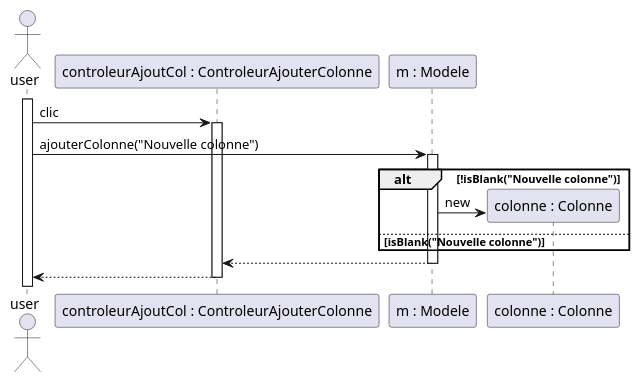
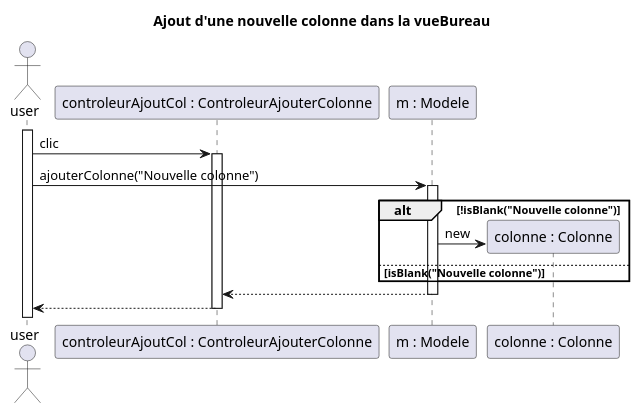
Before and after one commit to AlexanderCARNET/SAE_3_01_dev_application: the diagram in Ollert_QDEV/diagrammes/iteration3/DiagrammeSequenceAjoutColonne.puml, drawn with PlantUML. The commit also changed 1 other file, not shown here.

Commit message:
[UPDATE] ajout de titres sur diagrammes de classe d'ajout de colonne et de modification du nom de colonne

```diff
--- a/Ollert_QDEV/diagrammes/iteration3/DiagrammeSequenceAjoutColonne.puml
+++ b/Ollert_QDEV/diagrammes/iteration3/DiagrammeSequenceAjoutColonne.puml
@@ -1,27 +1,29 @@
 @startuml
 'https://plantuml.com/sequence-diagram
+
+title Ajout d'une nouvelle colonne dans la vueBureau
 
 actor user
 participant "controleurAjoutCol : ControleurAjouterColonne" as CC
 participant "m : Modele" as m
 
 activate user
 user -> CC : clic
 activate CC
 user -> m : ajouterColonne("Nouvelle colonne")
 activate m
 alt !isBlank("Nouvelle colonne")
     create "colonne : Colonne" as c
     m -> c : new
 else isBlank("Nouvelle colonne")
 end
 
 m --> CC
 deactivate m
 CC--> user
 deactivate CC
 
 
 
 
 @enduml
```
